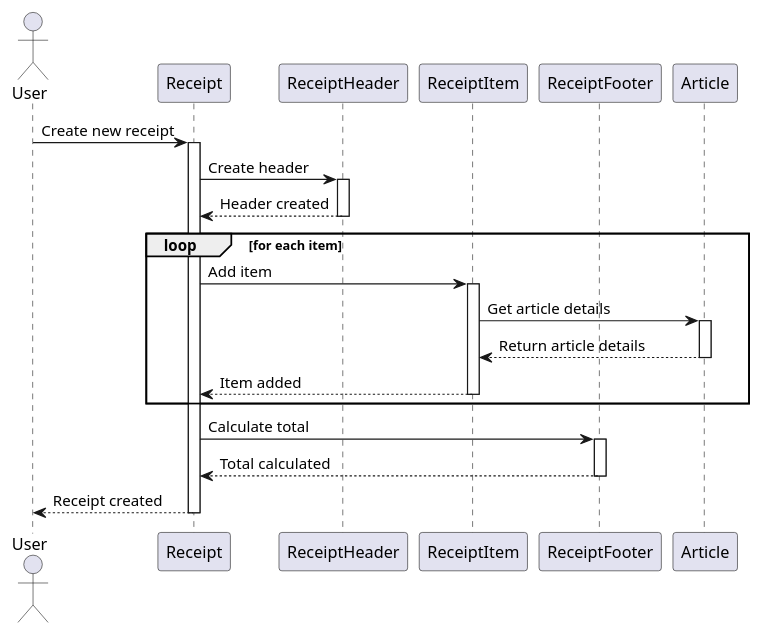
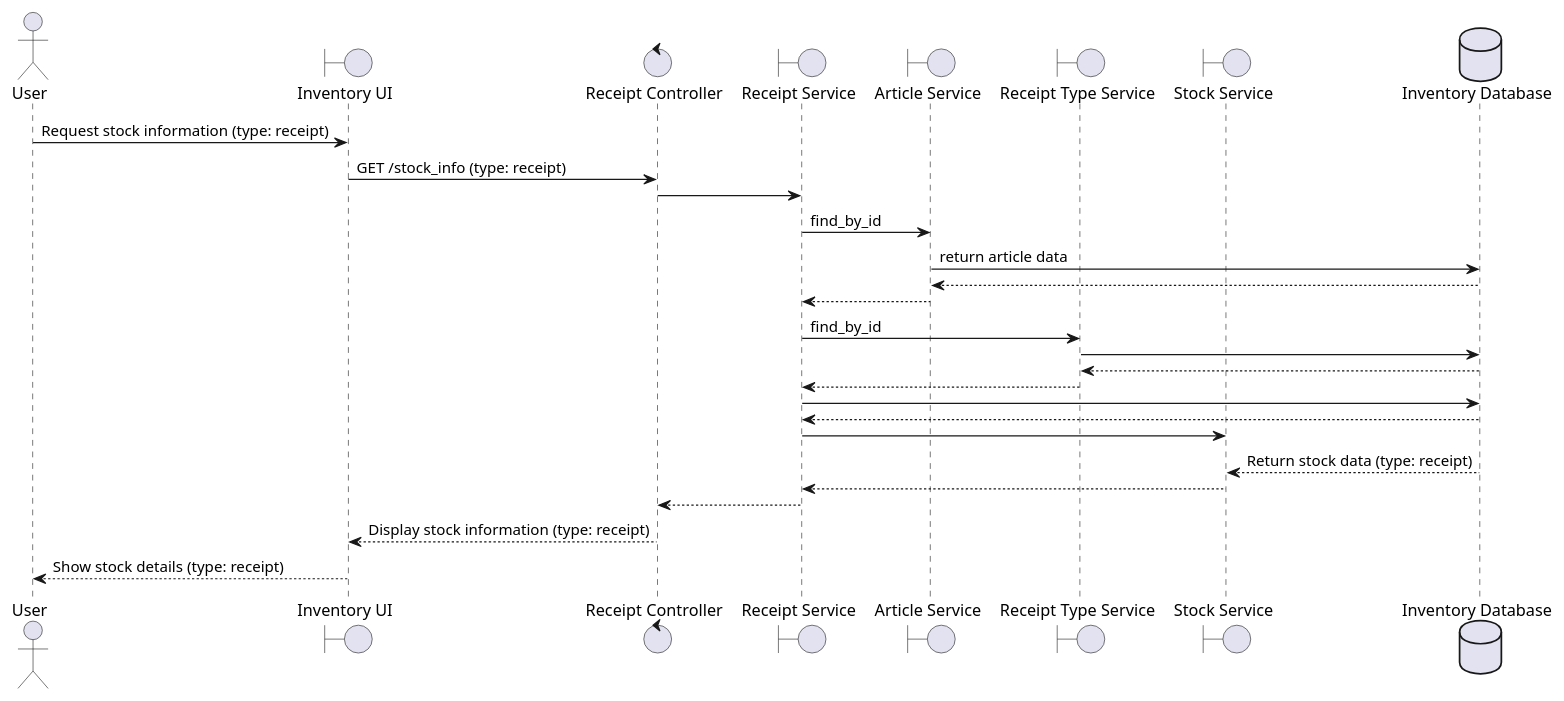
Before and after one commit to ElielMato/gestion_system: the diagram in docs/reciept_sequence_diagram.puml, drawn with PlantUML. The commit also changed 8 other files, not shown here.

```diff
--- a/docs/reciept_sequence_diagram.puml
+++ b/docs/reciept_sequence_diagram.puml
@@ -1,37 +1,32 @@
 @startuml ReceiptSequence
 
 actor User
-participant "Receipt" as Receipt
-participant "ReceiptHeader" as ReceiptHeader
-participant "ReceiptItem" as ReceiptItem
-participant "ReceiptFooter" as ReceiptFooter
-participant "Article" as Article
+boundary "Inventory UI" as UI
+control "Receipt Controller" as Controller
+boundary "Receipt Service" as ReceiptService
+boundary "Article Service" as ArticleService
+boundary "Receipt Type Service" as ReceiptTypeService
+boundary "Stock Service" as StockService
+database "Inventory Database" as DB
 
-User -> Receipt : Create new receipt
-activate Receipt
-
-Receipt -> ReceiptHeader : Create header
-activate ReceiptHeader
-ReceiptHeader --> Receipt : Header created
-deactivate ReceiptHeader
-
-loop for each item
-    Receipt -> ReceiptItem : Add item
-    activate ReceiptItem
-    ReceiptItem -> Article : Get article details
-    activate Article
-    Article --> ReceiptItem : Return article details
-    deactivate Article
-    ReceiptItem --> Receipt : Item added
-    deactivate ReceiptItem
-end
-
-Receipt -> ReceiptFooter : Calculate total
-activate ReceiptFooter
-ReceiptFooter --> Receipt : Total calculated
-deactivate ReceiptFooter
-
-Receipt --> User : Receipt created
-deactivate Receipt
+User -> UI: Request stock information (type: receipt)
+UI -> Controller: GET /stock_info (type: receipt)
+Controller -> ReceiptService
+ReceiptService -> ArticleService: find_by_id
+ArticleService -> DB: return article data
+DB --> ArticleService
+ArticleService --> ReceiptService
+ReceiptService -> ReceiptTypeService: find_by_id
+ReceiptTypeService -> DB
+DB --> ReceiptTypeService
+ReceiptTypeService --> ReceiptService
+ReceiptService -> DB
+DB --> ReceiptService
+ReceiptService -> StockService
+DB --> StockService: Return stock data (type: receipt)
+StockService --> ReceiptService
+ReceiptService --> Controller
+Controller --> UI: Display stock information (type: receipt)
+UI --> User: Show stock details (type: receipt)
 
 @enduml
```
